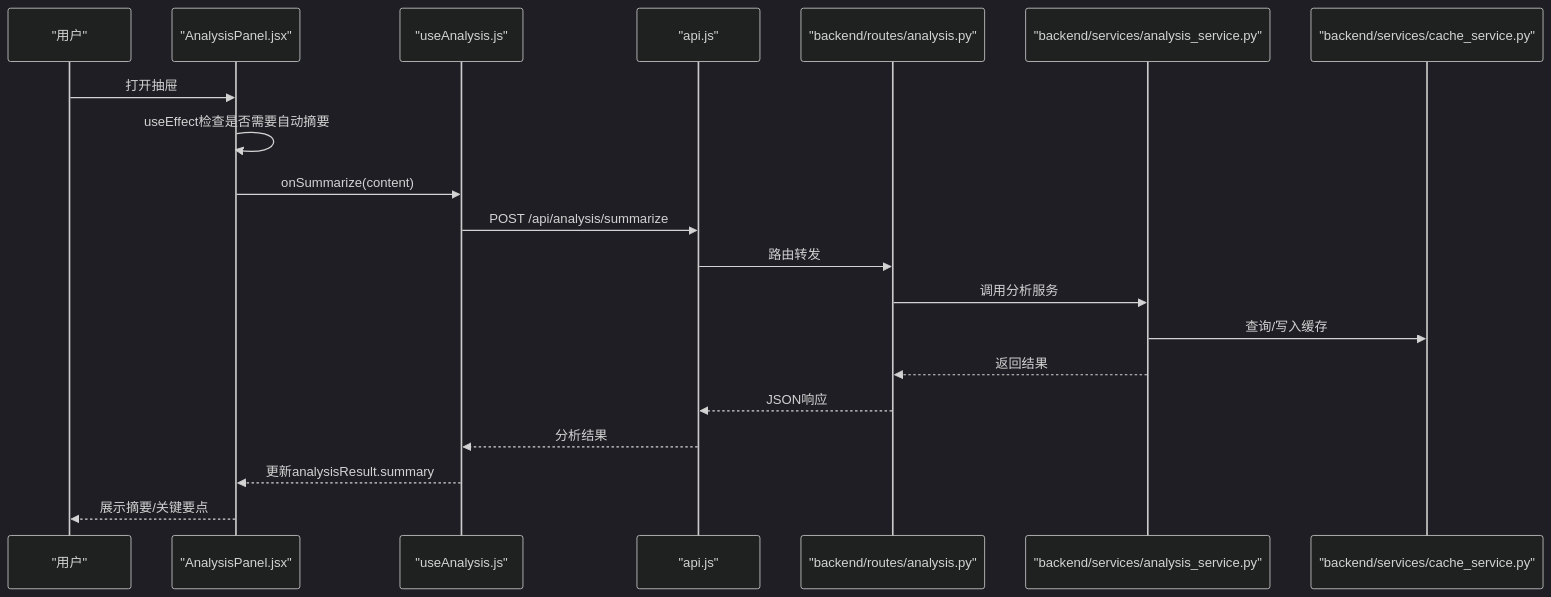
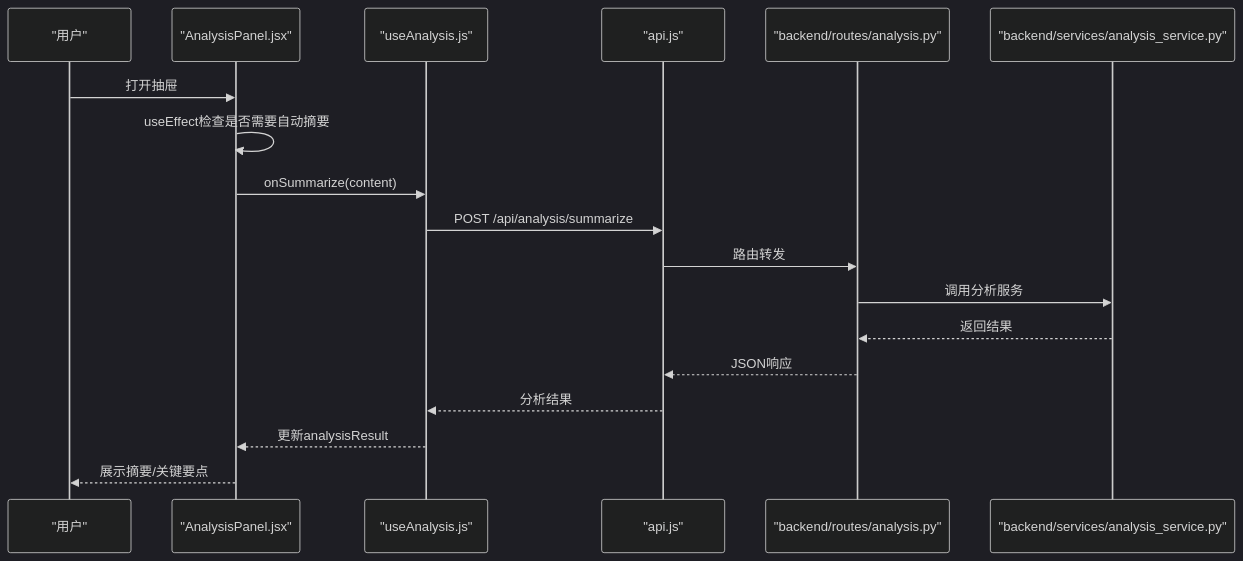
One commit to wangdy21/search_is_all_you_need changed the fifth of 8 diagrams in .qoder/repowiki/zh/content/前端开发指南/组件架构设计/筛选与分析组件.md. Above: the diagram before and after it, drawn with Mermaid (dark theme). The commit also changed other lines of this file and 11 other files, not shown here.

````diff
--- a/.qoder/repowiki/zh/content/前端开发指南/组件架构设计/筛选与分析组件.md
+++ b/.qoder/repowiki/zh/content/前端开发指南/组件架构设计/筛选与分析组件.md
@@ -197,22 +278,20 @@
 ```mermaid
 sequenceDiagram
 participant U as "用户"
 participant AI as "AnalysisPanel.jsx"
 participant UA as "useAnalysis.js"
 participant API as "api.js"
-participant R as "backend/routes/analysis.py"
-participant S as "backend/services/analysis_service.py"
-participant C as "backend/services/cache_service.py"
+participant AS as "backend/routes/analysis.py"
+participant AC as "backend/services/analysis_service.py"
 U->>AI : 打开抽屉
 AI->>AI : useEffect检查是否需要自动摘要
 AI->>UA : onSummarize(content)
 UA->>API : POST /api/analysis/summarize
-API->>R : 路由转发
-R->>S : 调用分析服务
-S->>C : 查询/写入缓存
-S-->>R : 返回结果
-R-->>API : JSON响应
+API->>AS : 路由转发
+AS->>AC : 调用分析服务
+AC-->>AS : 返回结果
+AS-->>API : JSON响应
 API-->>UA : 分析结果
-UA-->>AI : 更新analysisResult.summary
+UA-->>AI : 更新analysisResult
 AI-->>U : 展示摘要/关键要点
 ```
````
